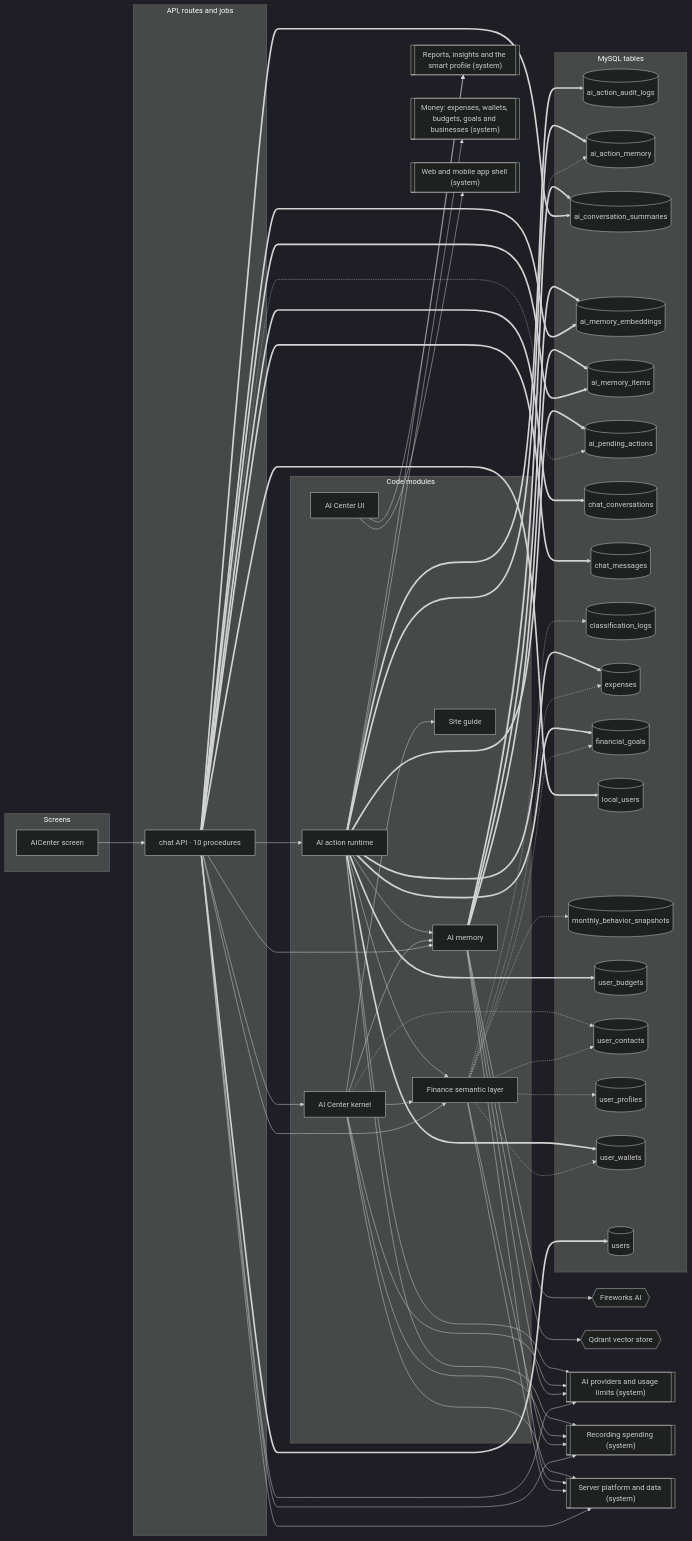
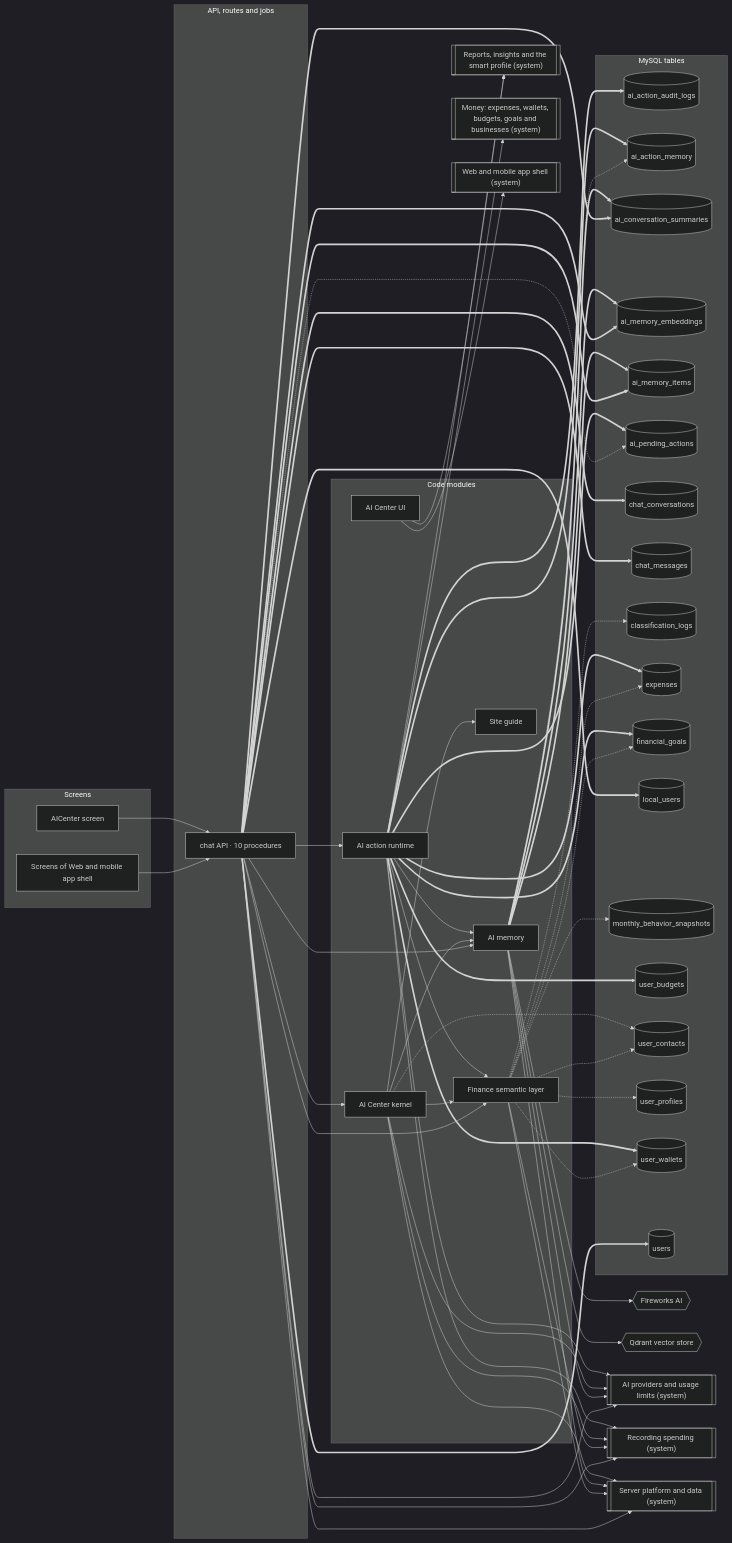
One commit to mahmoudtaherr111/smartspend_mini_all changed the first of 2 diagrams in docs/atlas/systems/ai-center.md. Above: the diagram before and after it, drawn with Mermaid (dark theme). The commit also changed other lines of this file and 36 other files, not shown here.

````diff
--- a/docs/atlas/systems/ai-center.md
+++ b/docs/atlas/systems/ai-center.md
@@ -14,6 +14,7 @@
 flowchart LR
   subgraph g_screens["Screens"]
     page_AICenter["AICenter screen"]
+    screens_web_app["Screens of Web and mobile app shell"]
   end
   subgraph g_api["API, routes and jobs"]
     router_chat["chat API · 10 procedures"]
@@ -109,4 +110,5 @@
   router_chat ==> tbl_chat_messages
   router_chat ==> tbl_local_users
   router_chat ==> tbl_users
+  screens_web_app --> router_chat
 ```
````
